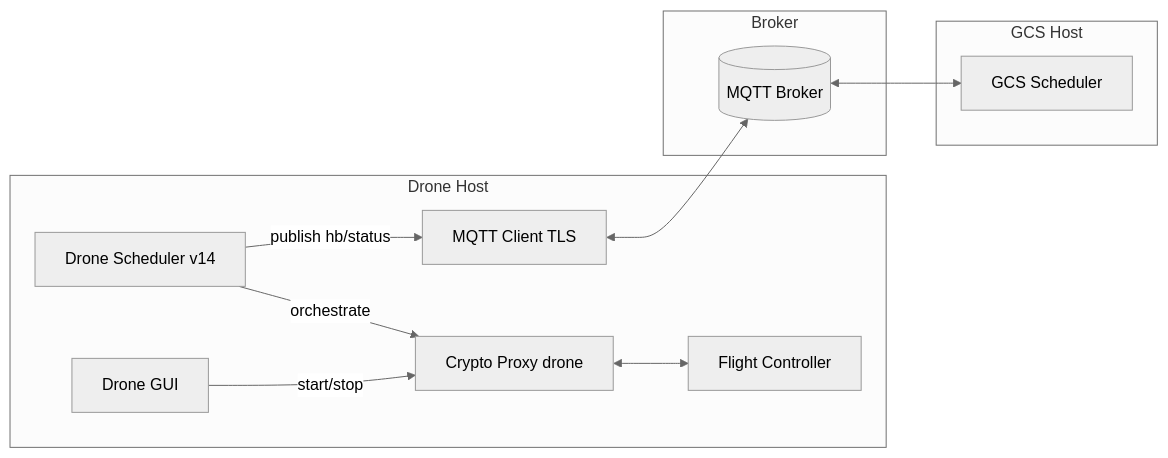
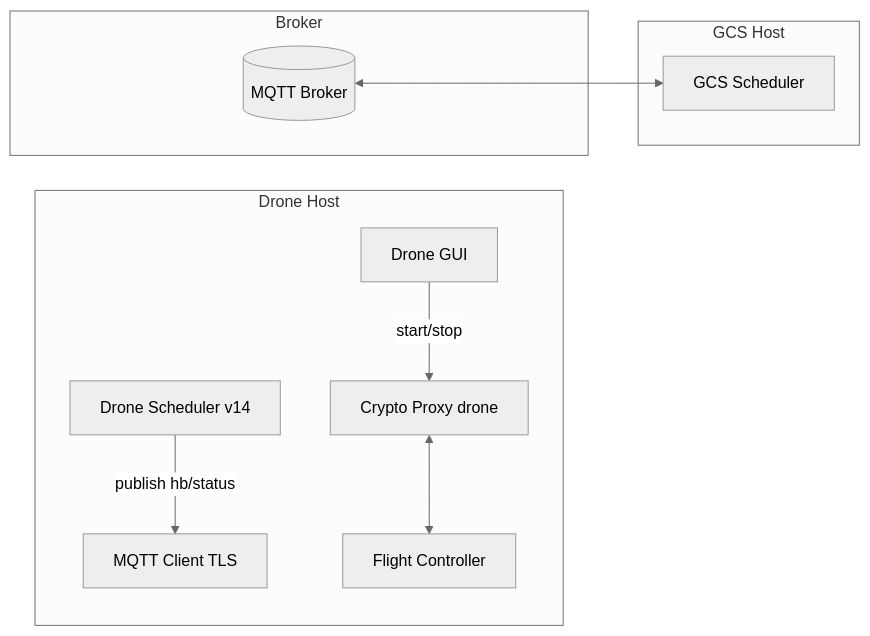
The first of 3 diagrams in drone/README.md (Kamalbura/gcs-tuned), drawn with Mermaid (neutral theme) before and after one commit. The commit also changed other lines of this file and 2 other files, not shown here.

````diff
--- a/drone/README.md
+++ b/drone/README.md
@@ -16,23 +19,20 @@
 ```mermaid
 flowchart LR
   subgraph Drone Host
     UI[Drone GUI]
     V14[Drone Scheduler v14]
     M[MQTT Client TLS]
     P[Crypto Proxy drone]
     FC[Flight Controller]
   end
   subgraph Broker
     B[(MQTT Broker)]
   end
   subgraph GCS Host
     GUI[GCS Scheduler]
   end
-
   UI -- start/stop --> P
-  V14 -- orchestrate --> P
   V14 -- publish hb/status --> M
-  M <--> B
   B <--> GUI
   P <--> FC
 ```
````
